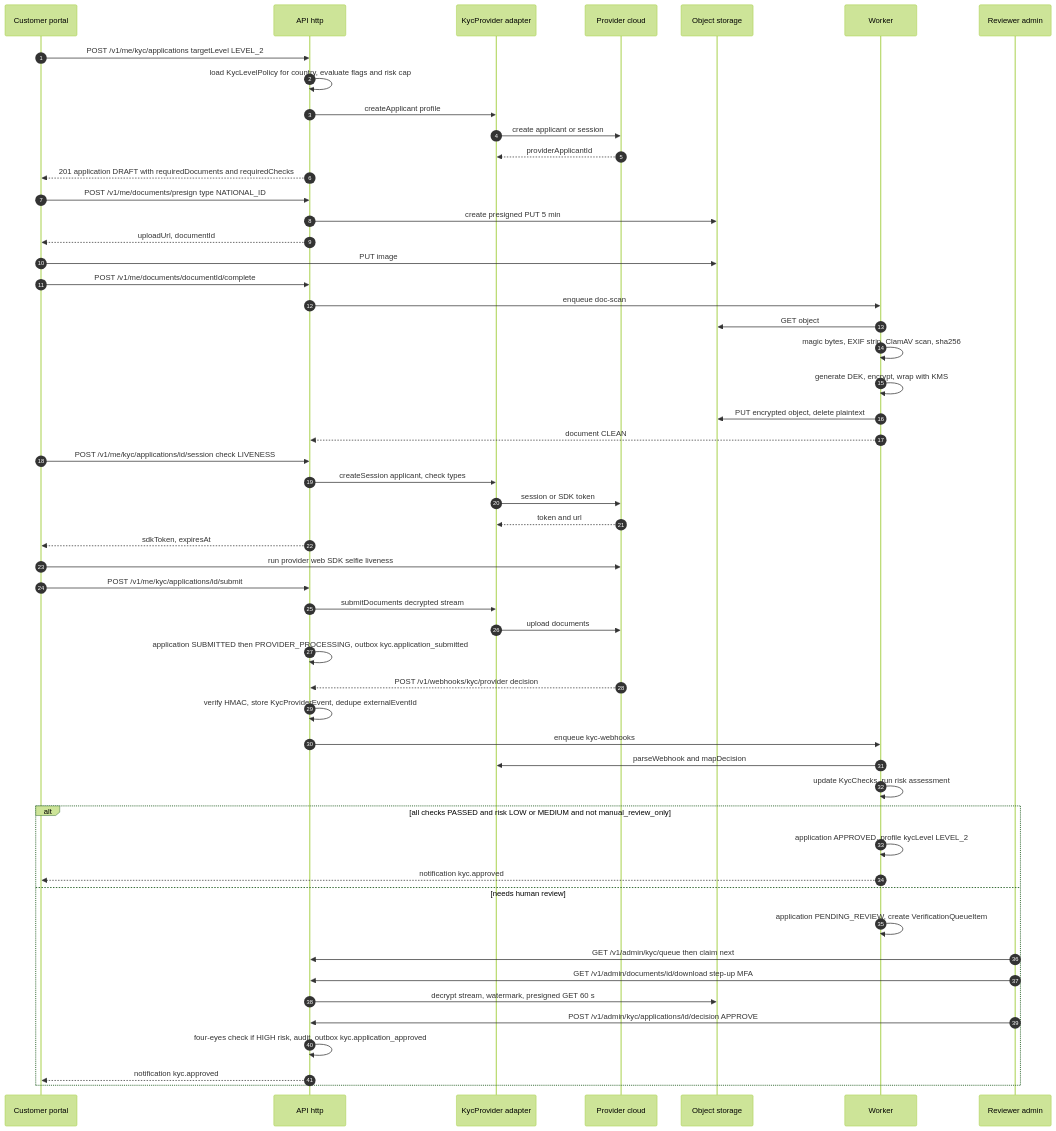
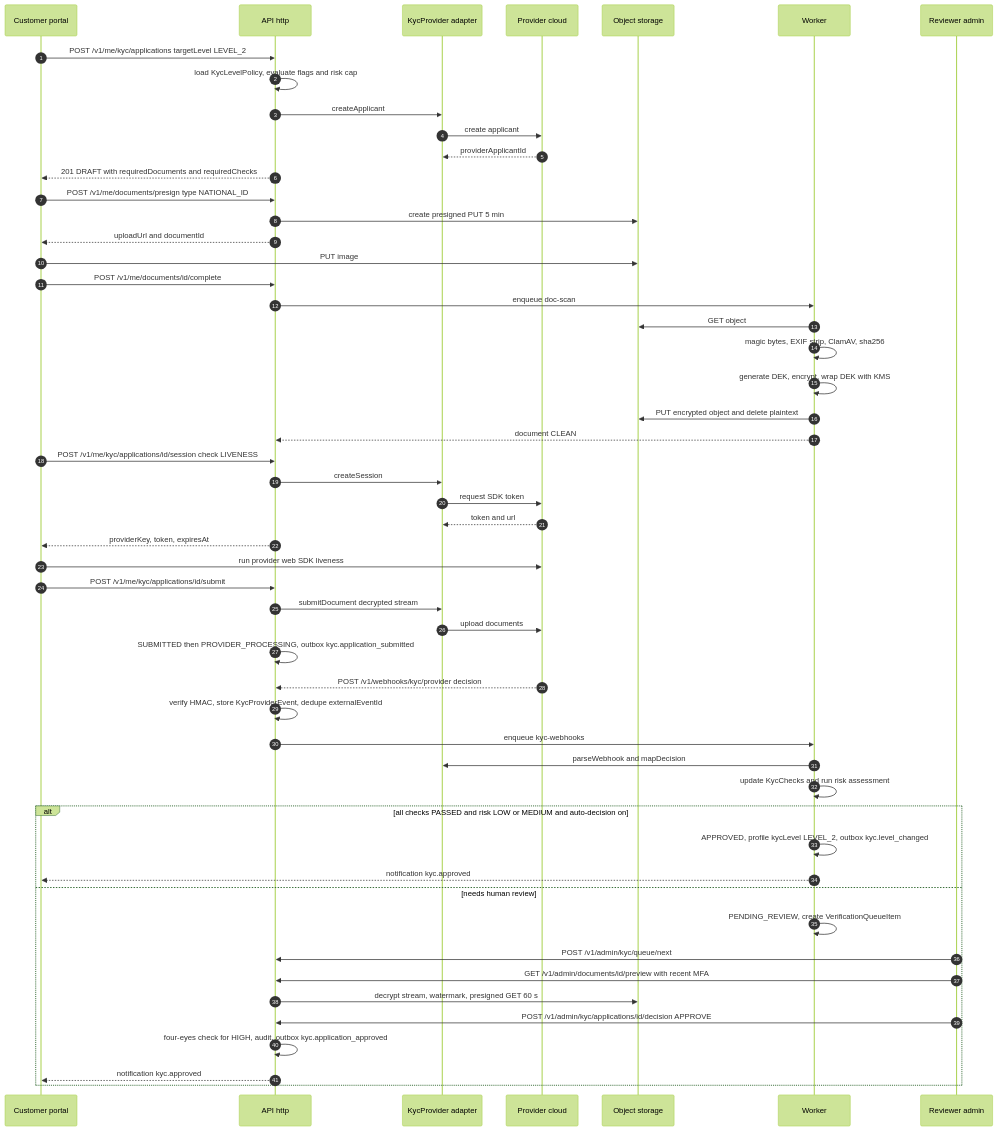
The second of 4 diagrams in docs/phases/phase-02-customer-kyc.md (wouapit999/wouapit999), drawn with Mermaid (forest theme) before and after one commit. The commit also changed other lines of this file and 5 other files, not shown here.

````diff
--- a/docs/phases/phase-02-customer-kyc.md
+++ b/docs/phases/phase-02-customer-kyc.md
@@ -232,59 +219,59 @@
 ```mermaid
 sequenceDiagram
   autonumber
   participant C as Customer portal
   participant A as API http
   participant P as KycProvider adapter
   participant X as Provider cloud
-  participant S3 as Object storage
+  participant S as Object storage
   participant W as Worker
   participant R as Reviewer admin
 
   C->>A: POST /v1/me/kyc/applications targetLevel LEVEL_2
-  A->>A: load KycLevelPolicy for country, evaluate flags and risk cap
-  A->>P: createApplicant profile
-  P->>X: create applicant or session
+  A->>A: load KycLevelPolicy, evaluate flags and risk cap
+  A->>P: createApplicant
+  P->>X: create applicant
   X-->>P: providerApplicantId
-  A-->>C: 201 application DRAFT with requiredDocuments and requiredChecks
+  A-->>C: 201 DRAFT with requiredDocuments and requiredChecks
 
   C->>A: POST /v1/me/documents/presign type NATIONAL_ID
-  A->>S3: create presigned PUT 5 min
-  A-->>C: uploadUrl, documentId
-  C->>S3: PUT image
-  C->>A: POST /v1/me/documents/documentId/complete
+  A->>S: create presigned PUT 5 min
+  A-->>C: uploadUrl and documentId
+  C->>S: PUT image
+  C->>A: POST /v1/me/documents/id/complete
   A->>W: enqueue doc-scan
-  W->>S3: GET object
-  W->>W: magic bytes, EXIF strip, ClamAV scan, sha256
-  W->>W: generate DEK, encrypt, wrap with KMS
-  W->>S3: PUT encrypted object, delete plaintext
+  W->>S: GET object
+  W->>W: magic bytes, EXIF strip, ClamAV, sha256
+  W->>W: generate DEK, encrypt, wrap DEK with KMS
+  W->>S: PUT encrypted object and delete plaintext
   W-->>A: document CLEAN
 
   C->>A: POST /v1/me/kyc/applications/id/session check LIVENESS
-  A->>P: createSession applicant, check types
-  P->>X: session or SDK token
+  A->>P: createSession
+  P->>X: request SDK token
   X-->>P: token and url
-  A-->>C: sdkToken, expiresAt
-  C->>X: run provider web SDK selfie liveness
+  A-->>C: providerKey, token, expiresAt
+  C->>X: run provider web SDK liveness
   C->>A: POST /v1/me/kyc/applications/id/submit
-  A->>P: submitDocuments decrypted stream
+  A->>P: submitDocument decrypted stream
   P->>X: upload documents
-  A->>A: application SUBMITTED then PROVIDER_PROCESSING, outbox kyc.application_submitted
+  A->>A: SUBMITTED then PROVIDER_PROCESSING, outbox kyc.application_submitted
 
   X-->>A: POST /v1/webhooks/kyc/provider decision
   A->>A: verify HMAC, store KycProviderEvent, dedupe externalEventId
   A->>W: enqueue kyc-webhooks
   W->>P: parseWebhook and mapDecision
-  W->>W: update KycChecks, run risk assessment
-  alt all checks PASSED and risk LOW or MEDIUM and not manual_review_only
-    W->>W: application APPROVED, profile kycLevel LEVEL_2
+  W->>W: update KycChecks and run risk assessment
+  alt all checks PASSED and risk LOW or MEDIUM and auto-decision on
+    W->>W: APPROVED, profile kycLevel LEVEL_2, outbox kyc.level_changed
     W-->>C: notification kyc.approved
   else needs human review
-    W->>W: application PENDING_REVIEW, create VerificationQueueItem
-    R->>A: GET /v1/admin/kyc/queue then claim next
-    R->>A: GET /v1/admin/documents/id/download step-up MFA
-    A->>S3: decrypt stream, watermark, presigned GET 60 s
+    W->>W: PENDING_REVIEW, create VerificationQueueItem
+    R->>A: POST /v1/admin/kyc/queue/next
+    R->>A: GET /v1/admin/documents/id/preview with recent MFA
+    A->>S: decrypt stream, watermark, presigned GET 60 s
     R->>A: POST /v1/admin/kyc/applications/id/decision APPROVE
-    A->>A: four-eyes check if HIGH risk, audit, outbox kyc.application_approved
+    A->>A: four-eyes check for HIGH, audit, outbox kyc.application_approved
     A-->>C: notification kyc.approved
   end
 ```
````
